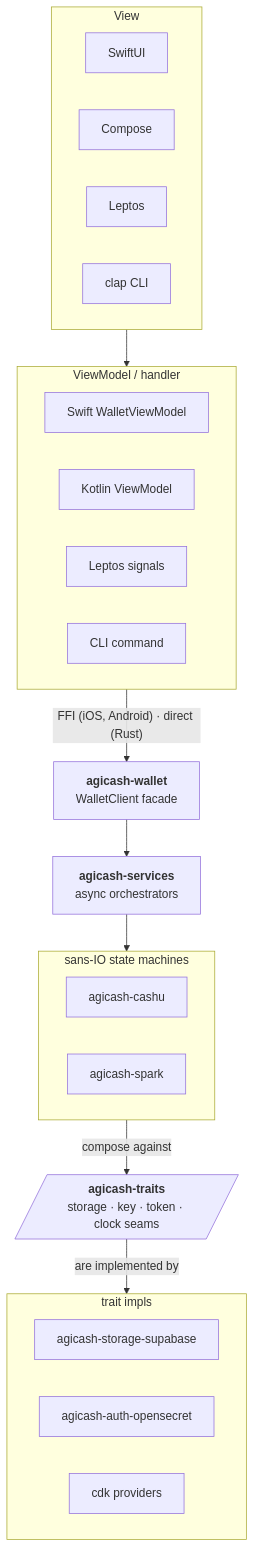
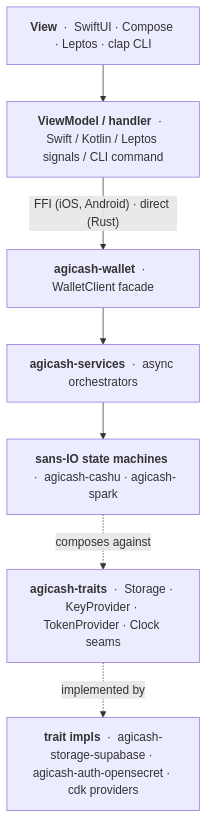
The diagram in README.md (MakePrisms/agicash), drawn with Mermaid before and after one commit.

Commit message:
docs(README): collapse architecture diagram to single-column dense form
GitHub mermaid ignored 'direction LR' inside subgraphs and stacked
each layer's siblings vertically — diagram became dozens of rows tall
of mostly empty boxes. Single-node-per-layer with siblings inline is
much denser and conveys the same info (each layer is one box with
text listing the variants). Traits + impls sit at the bottom of the
chain connected by dotted relationship edges.

````diff
--- a/README.md
+++ b/README.md
@@ -60,38 +60,17 @@
 ```mermaid
 flowchart TD
-    subgraph view ["View"]
-        direction LR
-        SwiftUI
-        Compose
-        Leptos
-        CLI[clap CLI]
-    end
-    subgraph vm ["ViewModel / handler"]
-        direction LR
-        SwiftVM[Swift WalletViewModel]
-        KotlinVM[Kotlin ViewModel]
-        LeptosSig[Leptos signals]
-        CmdHandler[CLI command]
-    end
-    facade["<b>agicash-wallet</b><br/>WalletClient facade"]
-    services["<b>agicash-services</b><br/>async orchestrators"]
-    subgraph machines ["sans-IO state machines"]
-        direction LR
-        cashu[agicash-cashu]
-        spark[agicash-spark]
-    end
-    subgraph impls ["trait impls"]
-        direction LR
-        storage[agicash-storage-supabase]
-        auth[agicash-auth-opensecret]
-        cdk[cdk providers]
-    end
-    traits[/"<b>agicash-traits</b><br/>storage · key · token · clock seams"/]
+    V["<b>View</b> &nbsp;·&nbsp; SwiftUI · Compose · Leptos · clap CLI"]
+    VM["<b>ViewModel / handler</b> &nbsp;·&nbsp; Swift / Kotlin / Leptos signals / CLI command"]
+    F["<b>agicash-wallet</b> &nbsp;·&nbsp; WalletClient facade"]
+    S["<b>agicash-services</b> &nbsp;·&nbsp; async orchestrators"]
+    SM["<b>sans-IO state machines</b> &nbsp;·&nbsp; agicash-cashu · agicash-spark"]
+    T["<b>agicash-traits</b> &nbsp;·&nbsp; Storage · KeyProvider · TokenProvider · Clock seams"]
+    I["<b>trait impls</b> &nbsp;·&nbsp; agicash-storage-supabase · agicash-auth-opensecret · cdk providers"]
 
-    view --> vm
-    vm -- "FFI (iOS, Android) · direct (Rust)" --> facade
-    facade --> services
-    services --> machines
-    machines -- "compose against" --> traits
-    traits -- "are implemented by" --> impls
+    V --> VM
+    VM -- "FFI (iOS, Android) · direct (Rust)" --> F
+    F --> S
+    S --> SM
+    SM -. composes against .-> T
+    T -. implemented by .-> I
 ```
````
